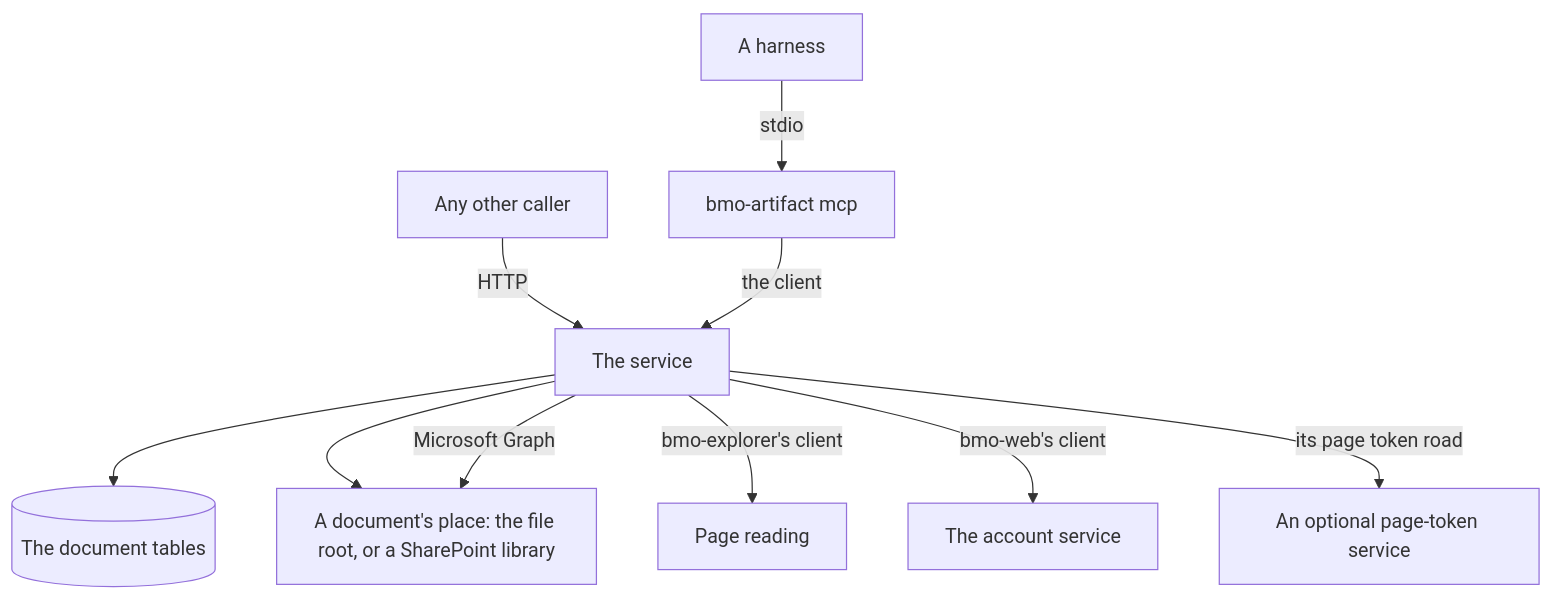
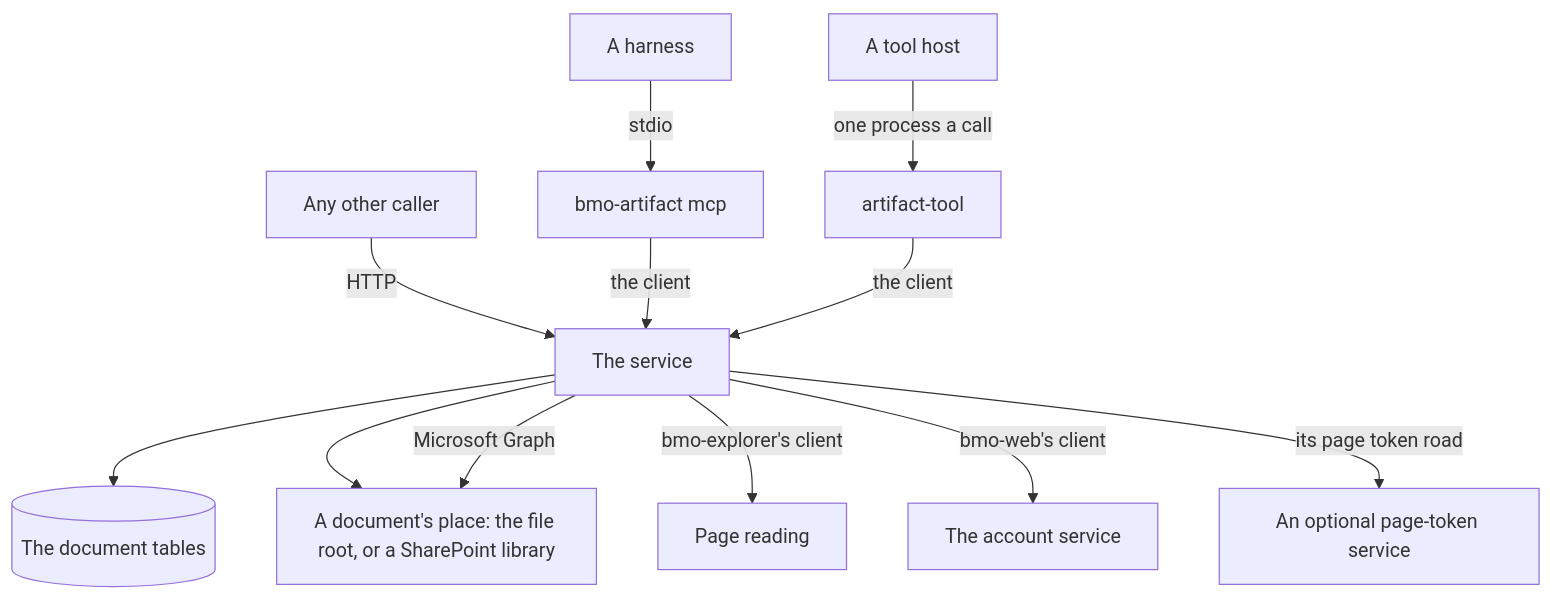
One commit to ahas/bmo-artifact changed the first of 2 diagrams in docs/api.md. Above: the diagram before and after it, drawn with Mermaid. The commit also changed other lines of this file and 41 other files, not shown here.

````diff
--- a/docs/api.md
+++ b/docs/api.md
@@ -11,12 +11,14 @@
 ```mermaid
 flowchart TD
   H[A harness] -->|stdio| M[bmo-artifact mcp]
   C[Any other caller] -->|HTTP| S[The service]
   M -->|the client| S
+  P[A tool host] -->|one process a call| A[artifact-tool]
+  A -->|the client| S
   S --> D[(The document tables)]
   S --> F[A document's place: the file root, or a SharePoint library]
   S -->|bmo-explorer's client| E[Page reading]
   S -->|bmo-web's client| W[The account service]
   S -->|its page token road| T[An optional page-token service]
   S -->|Microsoft Graph| F
 ```
````
